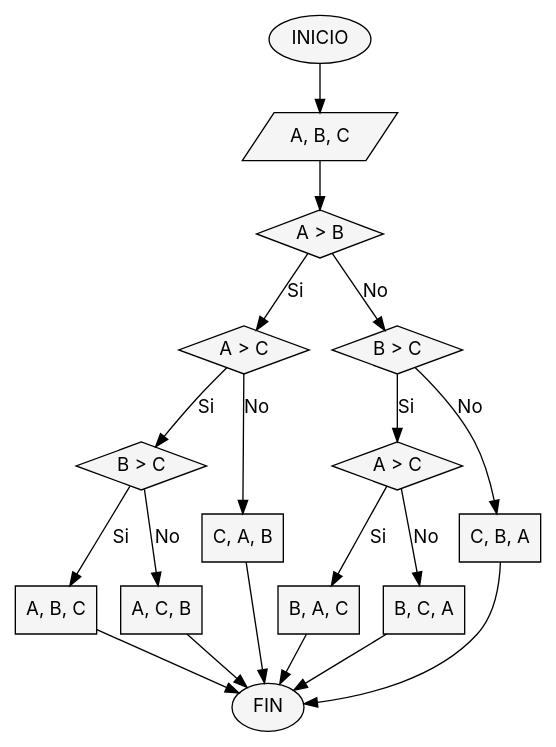
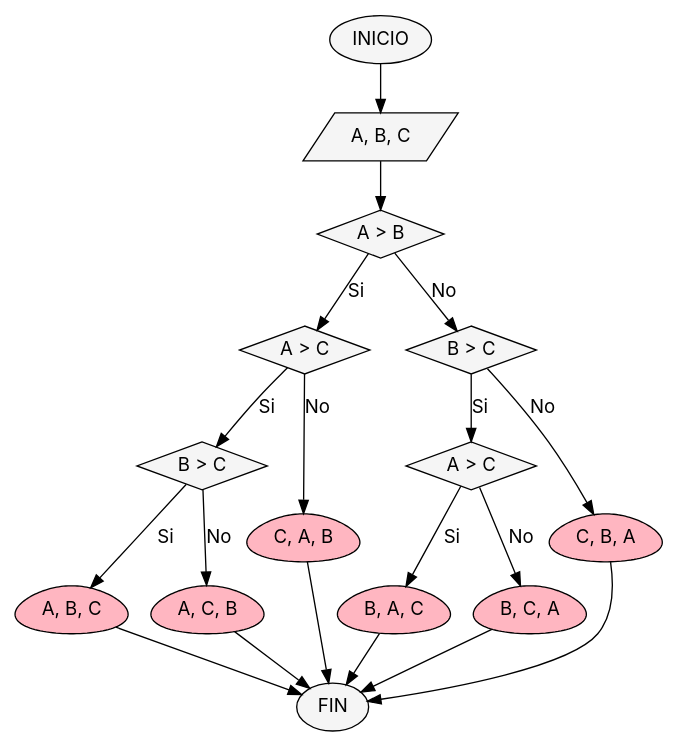
One commit to RosarioReyesMtz/java-tutor-tics changed the diagram in Diagramas/ejemplo_2_12.dot. Above: the diagram before and after it, drawn with Graphviz. The commit also changed 40 other files, not shown here.

```diff
--- a/Diagramas/ejemplo_2_12.dot
+++ b/Diagramas/ejemplo_2_12.dot
@@ -1,58 +1,58 @@
 /* Código DOT para el Diagrama de Flujo 2.15 
   (Ejemplo 2.12: Ordenar A, B, C en forma descendente) 
 */
 digraph G {
     graph [fontname="Inter, sans-serif"];
     node [shape=ellipse, style=filled, fillcolor="#f5f5f5", fontname="Inter, sans-serif"];
     edge [fontname="Inter, sans-serif"];
 
     // 1. Nodos de Inicio y Fin
     INICIO [shape=ellipse];
     FIN [shape=ellipse];
 
     // 2. Nodo de Lectura
     LEER [shape=parallelogram, label="A, B, C"];
 
     // 3. Nodos de Decisión (Rombos)
     D1_A_gt_B [shape=diamond, label="A > B"];
     D2_A_gt_C [shape=diamond, label="A > C"];
     D3_B_gt_C [shape=diamond, label="B > C"];
     D4_B_gt_C [shape=diamond, label="B > C"]; // Nota: Es el D3 del lado "Si"
     D5_A_gt_C [shape=diamond, label="A > C"]; // Nota: Es el D2 del lado "No"
     
-    // 4. Nodos de Salida (Documentos)
-    OUT_ABC [shape=document, label="A, B, C"];
-    OUT_ACB [shape=document, label="A, C, B"];
-    OUT_CAB [shape=document, label="C, A, B"];
-    OUT_BAC [shape=document, label="B, A, C"];
-    OUT_BCA [shape=document, label="B, C, A"];
-    OUT_CBA [shape=document, label="C, B, A"];
+    // 4. Nodos de Salida
+    OUT_ABC [shape=egg, style=filled, fillcolor="#FFB6C1", label="A, B, C"];
+    OUT_ACB [shape=egg, style=filled, fillcolor="#FFB6C1", label="A, C, B"];
+    OUT_CAB [shape=egg, style=filled, fillcolor="#FFB6C1", label="C, A, B"];
+    OUT_BAC [shape=egg, style=filled, fillcolor="#FFB6C1", label="B, A, C"];
+    OUT_BCA [shape=egg, style=filled, fillcolor="#FFB6C1", label="B, C, A"];
+    OUT_CBA [shape=egg, style=filled, fillcolor="#FFB6C1", label="C, B, A"];
 
     // 5. Conexiones (Edges)
     INICIO -> LEER;
     LEER -> D1_A_gt_B;
 
     // Rama Izquierda (A > B es Verdadero)
     D1_A_gt_B -> D2_A_gt_C [label="Si"];
     D2_A_gt_C -> D4_B_gt_C [label="Si"]; // A es el mayor
     D4_B_gt_C -> OUT_ABC [label="Si"];   // B > C
     D4_B_gt_C -> OUT_ACB [label="No"];   // C >= B
     
     D2_A_gt_C -> OUT_CAB [label="No"];  // C es el mayor
 
     // Rama Derecha (A > B es Falso, o sea B >= A)
     D1_A_gt_B -> D3_B_gt_C [label="No"];
     D3_B_gt_C -> D5_A_gt_C [label="Si"]; // B es el mayor
     D5_A_gt_C -> OUT_BAC [label="Si"];   // A > C
     D5_A_gt_C -> OUT_BCA [label="No"];   // C >= A
     
     D3_B_gt_C -> OUT_CBA [label="No"]; // C es el mayor
 
     // 6. Conexiones al Fin
     OUT_ABC -> FIN;
     OUT_ACB -> FIN;
     OUT_CAB -> FIN;
     OUT_BAC -> FIN;
     OUT_BCA -> FIN;
     OUT_CBA -> FIN;
 }
```
